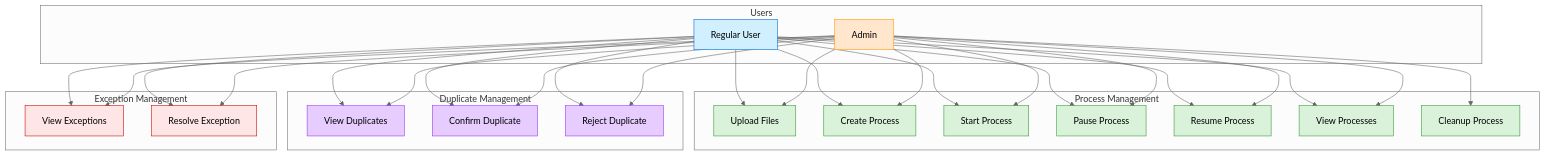
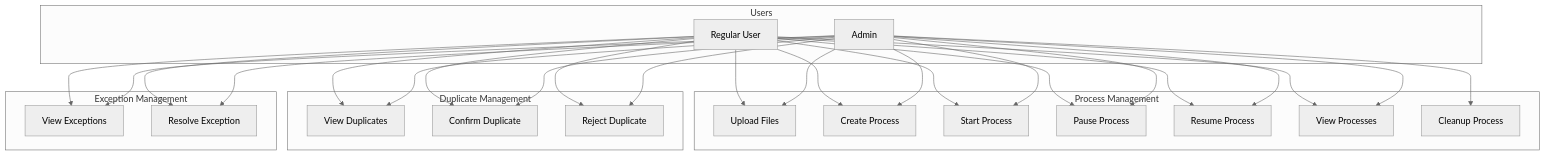
Before and after one commit to fares1919-ltrch/Backend-stage: the first of 4 diagrams in Documentation/Deduplication.md, drawn with Mermaid (neutral theme). The commit also changed other lines of this file and 20 other files, not shown here.

````diff
--- a/Documentation/Deduplication.md
+++ b/Documentation/Deduplication.md
@@ -9,65 +9,61 @@
 ```mermaid
 graph TD
     subgraph Users
         User[Regular User]
         Admin[Admin]
     end
 
     subgraph Process Management
         UploadFiles[Upload Files]
         CreateProcess[Create Process]
         StartProcess[Start Process]
         PauseProcess[Pause Process]
         ResumeProcess[Resume Process]
         ViewProcesses[View Processes]
         CleanupProcess[Cleanup Process]
     end
 
     subgraph Duplicate Management
         ViewDuplicates[View Duplicates]
         ConfirmDuplicate[Confirm Duplicate]
         RejectDuplicate[Reject Duplicate]
     end
 
     subgraph Exception Management
         ViewExceptions[View Exceptions]
         ResolveException[Resolve Exception]
     end
 
     User --> UploadFiles
     User --> CreateProcess
     User --> StartProcess
     User --> PauseProcess
     User --> ResumeProcess
     User --> ViewProcesses
     User --> ViewDuplicates
     User --> ConfirmDuplicate
     User --> RejectDuplicate
     User --> ViewExceptions
     User --> ResolveException
 
     Admin --> UploadFiles
     Admin --> CreateProcess
     Admin --> StartProcess
     Admin --> PauseProcess
     Admin --> ResumeProcess
     Admin --> ViewProcesses
     Admin --> CleanupProcess
     Admin --> ViewDuplicates
     Admin --> ConfirmDuplicate
     Admin --> RejectDuplicate
     Admin --> ViewExceptions
     Admin --> ResolveException
 
-    classDef user fill:#d1f0ff,stroke:#0066cc
-    classDef admin fill:#ffe6cc,stroke:#ff9900
-    classDef process fill:#d9f2d9,stroke:#339933
-    classDef duplicate fill:#e6ccff,stroke:#9933ff
-    classDef exception fill:#ffe6e6,stroke:#cc0000
+
 
     class User user
     class Admin admin
     class UploadFiles,CreateProcess,StartProcess,PauseProcess,ResumeProcess,ViewProcesses,CleanupProcess process
     class ViewDuplicates,ConfirmDuplicate,RejectDuplicate duplicate
     class ViewExceptions,ResolveException exception
 ```
````
